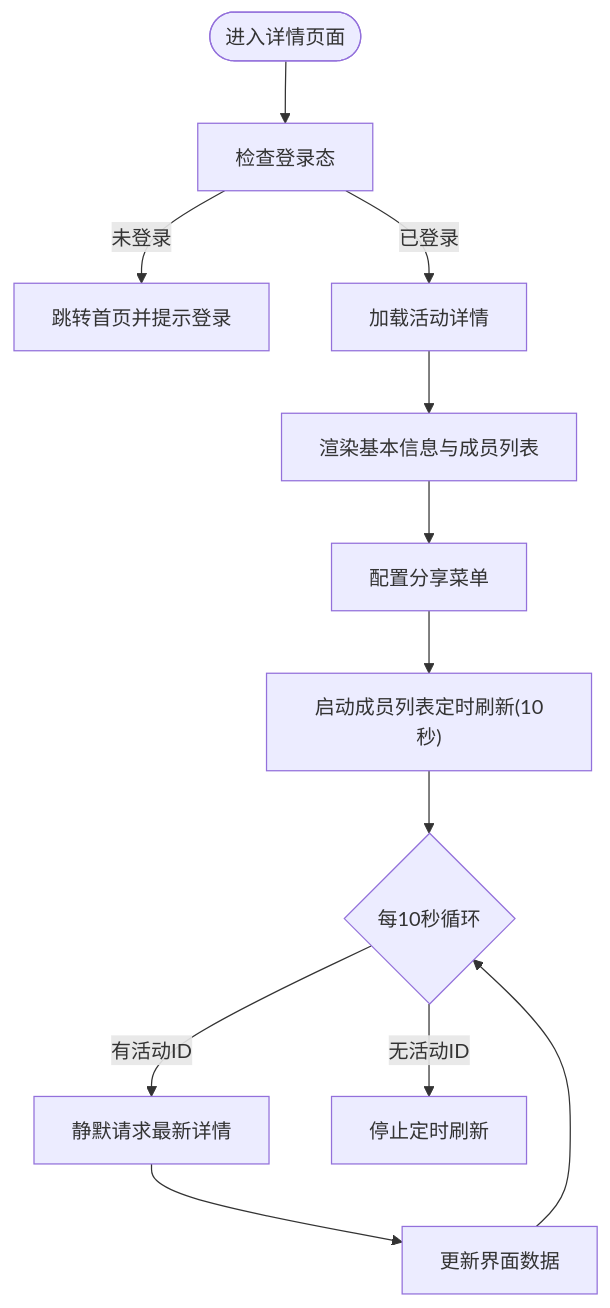
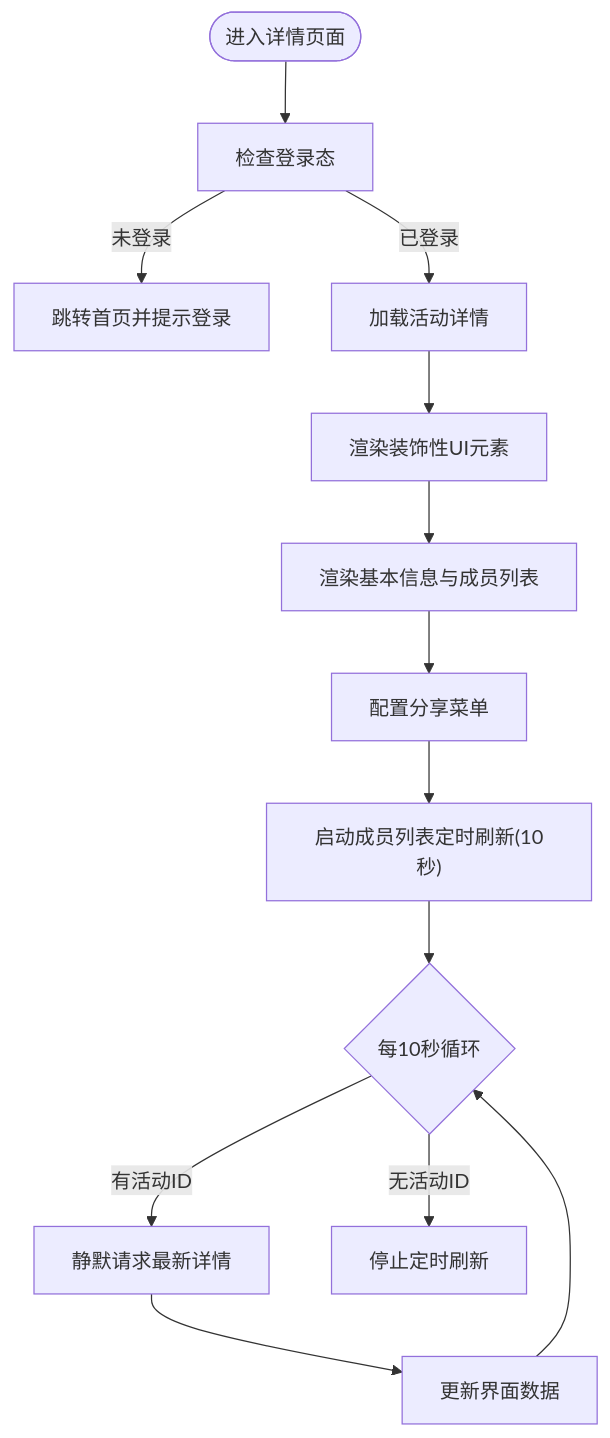
The third of 9 diagrams in .qoder/repowiki/zh/content/前端开发/页面组件开发/活动详情页面开发.md (cwxiao/zugeju), drawn with Mermaid before and after one commit. The commit also changed other lines of this file and 39 other files, not shown here.

First line of the commit message:
前端优化：压缩UI装饰图至38KB + 精简各页面冗余文案

````diff
--- a/.qoder/repowiki/zh/content/前端开发/页面组件开发/活动详情页面开发.md
+++ b/.qoder/repowiki/zh/content/前端开发/页面组件开发/活动详情页面开发.md
@@ -174,14 +183,15 @@
 ```mermaid
 flowchart TD
 Start(["进入详情页面"]) --> CheckLogin["检查登录态"]
 CheckLogin --> |未登录| RedirectHome["跳转首页并提示登录"]
 CheckLogin --> |已登录| LoadDetail["加载活动详情"]
-LoadDetail --> Render["渲染基本信息与成员列表"]
+LoadDetail --> RenderDecorations["渲染装饰性UI元素"]
+RenderDecorations --> Render["渲染基本信息与成员列表"]
 Render --> Share["配置分享菜单"]
 Share --> StartRefresh["启动成员列表定时刷新(10秒)"]
 StartRefresh --> Loop{"每10秒循环"}
 Loop --> |有活动ID| Refresh["静默请求最新详情"]
 Refresh --> Update["更新界面数据"]
 Update --> Loop
 Loop --> |无活动ID| Stop["停止定时刷新"]
 ```
````
